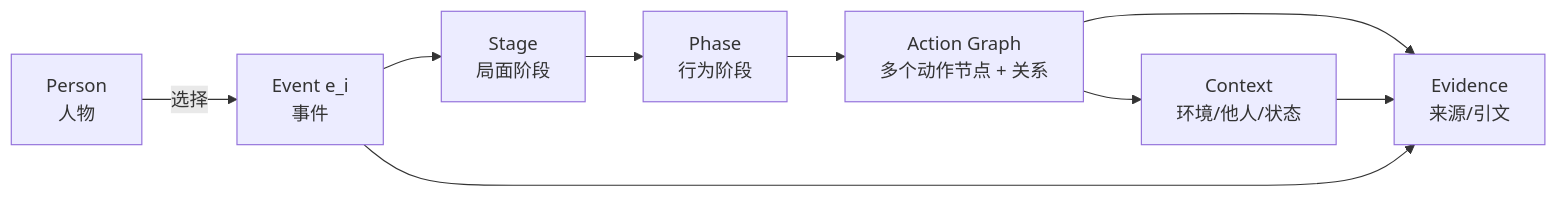
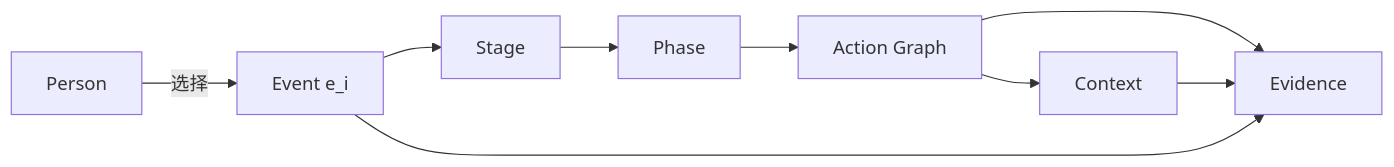
One commit to AgenticFinLab/FinMycelium changed the third of 4 diagrams in docs/structures/0-overview.md. Above: the diagram before and after it, drawn with Mermaid. The commit also changed other lines of this file and 8 other files, not shown here.

First line of the commit message:
docs: fix Mermaid render errors and simplify framework diagrams

````diff
--- a/docs/structures/0-overview.md
+++ b/docs/structures/0-overview.md
@@ -89,11 +80,11 @@
 ```mermaid
 flowchart LR
-    P["Person<br/>人物"] -->|选择| E["Event e_i<br/>事件"]
-    E --> S["Stage<br/>局面阶段"]
-    S --> PH["Phase<br/>行为阶段"]
-    PH --> G["Action Graph<br/>多个动作节点 + 关系"]
-    G --> C["Context<br/>环境/他人/状态"]
-    G --> V["Evidence<br/>来源/引文"]
+    P["Person"] -->|选择| E["Event e_i"]
+    E --> S["Stage"]
+    S --> PH["Phase"]
+    PH --> G["Action Graph"]
+    G --> C["Context"]
+    G --> V["Evidence"]
     C --> V
     E --> V
 ```
````
